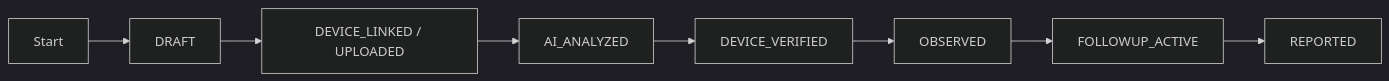
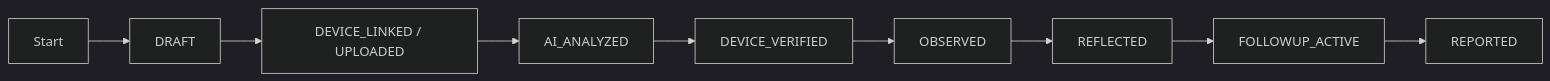
One commit to Hnzsama/supervisi_sekolah changed the second of 2 diagrams in docs/03-alur-kerja-bisnis.md. Above: the diagram before and after it, drawn with Mermaid (dark theme). The commit also changed other lines of this file and 13 other files, not shown here.

````diff
--- a/docs/03-alur-kerja-bisnis.md
+++ b/docs/03-alur-kerja-bisnis.md
@@ -73,10 +85,11 @@
 ```mermaid
 flowchart LR
     Init["Start"] --> DRAFT["DRAFT"]
     DRAFT --> DEVICE_LINKED["DEVICE_LINKED / UPLOADED"]
     DEVICE_LINKED --> AI_ANALYZED["AI_ANALYZED"]
     AI_ANALYZED --> DEVICE_VERIFIED["DEVICE_VERIFIED"]
     DEVICE_VERIFIED --> OBSERVED["OBSERVED"]
-    OBSERVED --> FOLLOWUP_ACTIVE["FOLLOWUP_ACTIVE"]
+    OBSERVED --> REFLECTED["REFLECTED"]
+    REFLECTED --> FOLLOWUP_ACTIVE["FOLLOWUP_ACTIVE"]
     FOLLOWUP_ACTIVE --> REPORTED["REPORTED"]
 ```
````
